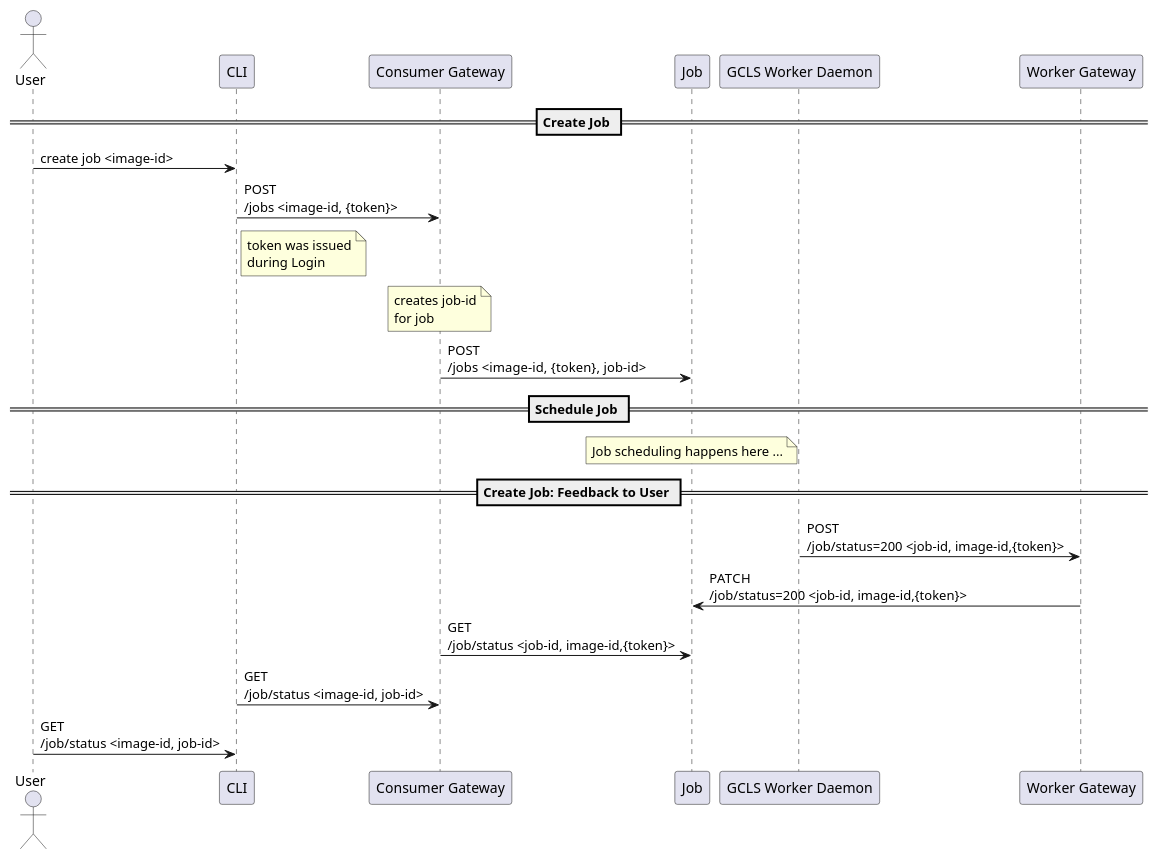
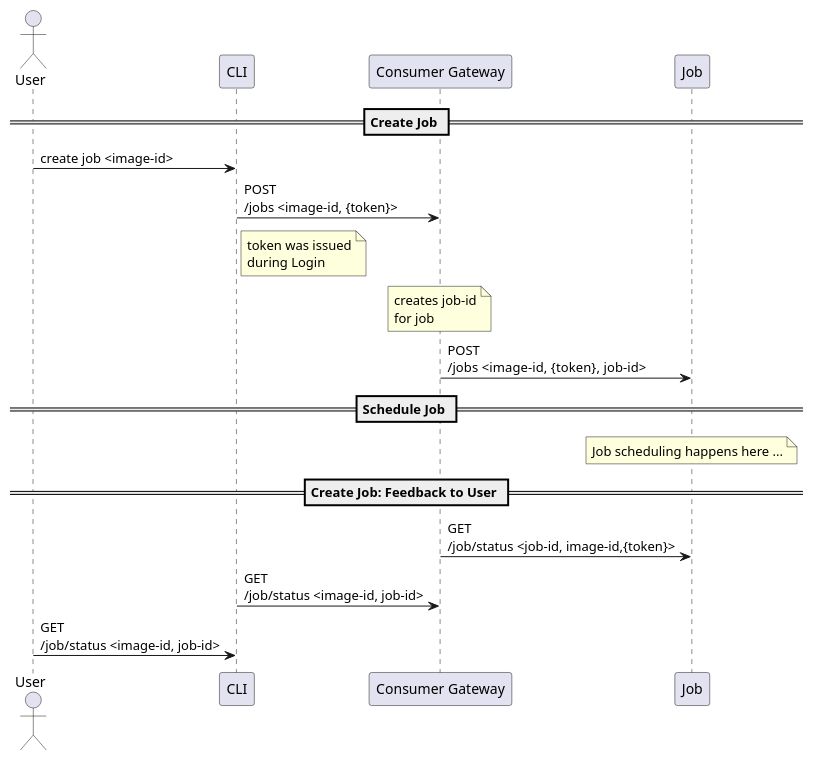
Before and after one commit to informatik-mannheim/cmg-ss2025: the diagram in phase01-ella/create-job.puml, drawn with PlantUML.

Commit message:
Removed GCLS Worker Daemon and Worker GAteway from Diagram

```diff
--- a/phase01-ella/create-job.puml
+++ b/phase01-ella/create-job.puml
@@ -1,23 +1,21 @@
 @startuml
 actor "User"
 
 
 == Create Job ==
 User -> CLI: create job <image-id>
 CLI -> "Consumer Gateway": POST\n/jobs <image-id, {token}>
 note right of CLI: token was issued\nduring Login
 note over "Consumer Gateway": creates job-id\nfor job
 "Consumer Gateway" -> Job: POST\n/jobs  <image-id, {token}, job-id>
 
 
 == Schedule Job ==
 note over Job: Job scheduling happens here ... 
 
 == Create Job: Feedback to User ==
-"GCLS Worker Daemon" -> "Worker Gateway": POST\n/job/status=200 <job-id, image-id,{token}>
-"Worker Gateway" -> "Job": PATCH\n/job/status=200 <job-id, image-id,{token}>
 "Consumer Gateway" -> "Job": GET\n/job/status <job-id, image-id,{token}>
 "CLI" -> "Consumer Gateway": GET\n/job/status <image-id, job-id>
 "User" -> "CLI": GET\n/job/status <image-id, job-id>
 
 @enduml
```
